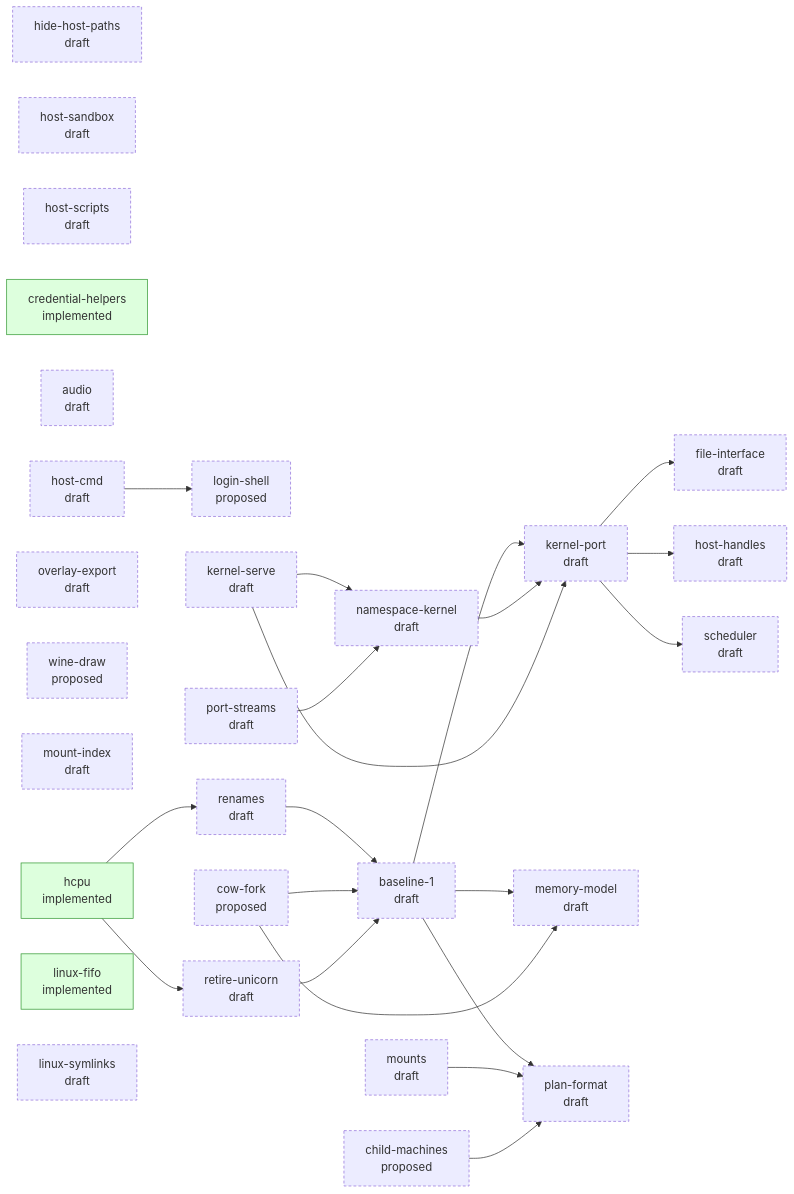
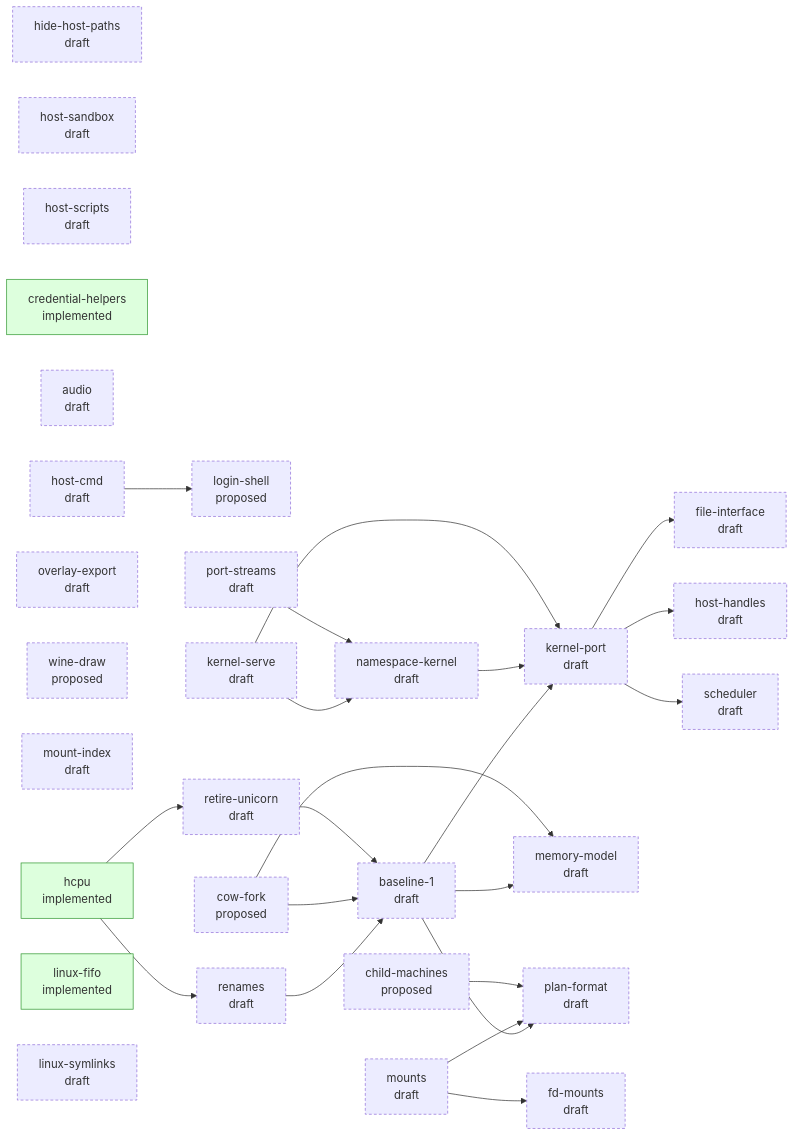
Before and after one commit to progrium/hyper9: the diagram in design/STATUS.md, drawn with Mermaid. The commit also changed other lines of this file, not shown here.

Commit message:
design: regenerate STATUS.md

````diff
--- a/design/STATUS.md
+++ b/design/STATUS.md
@@ -38,54 +39,56 @@
 ```mermaid
 flowchart LR
   classDef draft stroke-dasharray: 4 3
   classDef accepted stroke-width: 2px
   classDef implemented fill:#dfd,stroke:#393
   classDef closed fill:#eee,stroke:#999,color:#777
   p_hide_host_paths["hide-host-paths<br/>draft"]:::draft
   p_host_sandbox["host-sandbox<br/>draft"]:::draft
   p_host_scripts["host-scripts<br/>draft"]:::draft
   p_credential_helpers["credential-helpers<br/>implemented"]:::implemented
   p_audio["audio<br/>draft"]:::draft
   p_host_cmd["host-cmd<br/>draft"]:::draft
   p_overlay_export["overlay-export<br/>draft"]:::draft
   p_login_shell["login-shell<br/>proposed"]:::draft
   p_child_machines["child-machines<br/>proposed"]:::draft
   p_cow_fork["cow-fork<br/>proposed"]:::draft
   p_wine_draw["wine-draw<br/>proposed"]:::draft
   p_mount_index["mount-index<br/>draft"]:::draft
   p_hcpu["hcpu<br/>implemented"]:::implemented
   p_kernel_serve["kernel-serve<br/>draft"]:::draft
   p_namespace_kernel["namespace-kernel<br/>draft"]:::draft
   p_port_streams["port-streams<br/>draft"]:::draft
   p_linux_fifo["linux-fifo<br/>implemented"]:::implemented
   p_mounts["mounts<br/>draft"]:::draft
   p_baseline_1["baseline-1<br/>draft"]:::draft
   p_file_interface["file-interface<br/>draft"]:::draft
   p_host_handles["host-handles<br/>draft"]:::draft
   p_kernel_port["kernel-port<br/>draft"]:::draft
   p_linux_symlinks["linux-symlinks<br/>draft"]:::draft
   p_memory_model["memory-model<br/>draft"]:::draft
   p_plan_format["plan-format<br/>draft"]:::draft
   p_renames["renames<br/>draft"]:::draft
   p_retire_unicorn["retire-unicorn<br/>draft"]:::draft
   p_scheduler["scheduler<br/>draft"]:::draft
+  p_fd_mounts["fd-mounts<br/>draft"]:::draft
   p_host_cmd --> p_login_shell
   p_kernel_serve --> p_namespace_kernel
   p_port_streams --> p_namespace_kernel
   p_renames --> p_baseline_1
   p_cow_fork --> p_baseline_1
   p_retire_unicorn --> p_baseline_1
   p_kernel_port --> p_file_interface
   p_kernel_port --> p_host_handles
   p_baseline_1 --> p_kernel_port
   p_namespace_kernel --> p_kernel_port
   p_kernel_serve --> p_kernel_port
   p_baseline_1 --> p_memory_model
   p_cow_fork --> p_memory_model
   p_baseline_1 --> p_plan_format
   p_mounts --> p_plan_format
   p_child_machines --> p_plan_format
   p_hcpu --> p_renames
   p_hcpu --> p_retire_unicorn
   p_kernel_port --> p_scheduler
+  p_mounts --> p_fd_mounts
 ```
````
